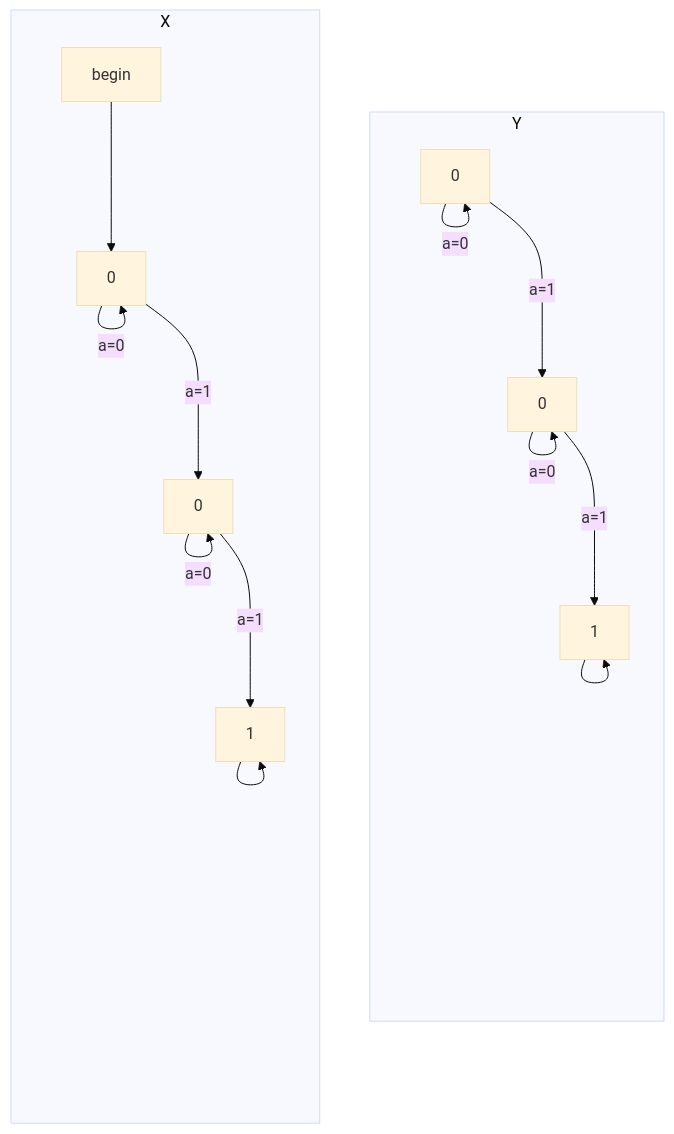
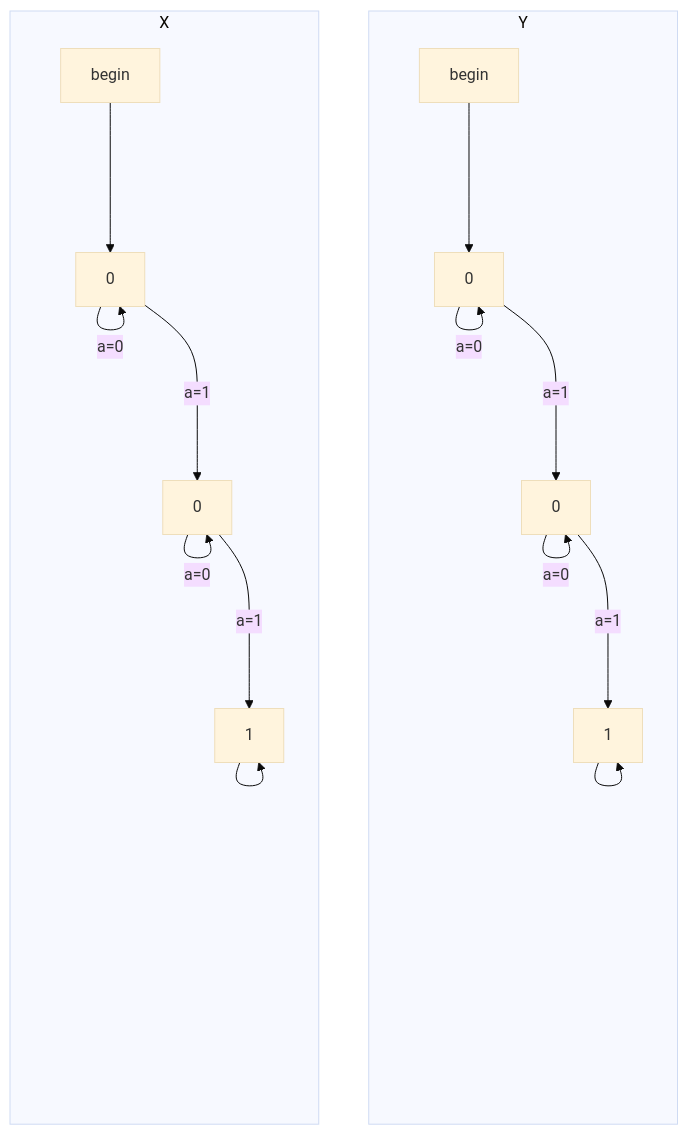
Before and after one commit to tnichols217/notes: the diagram in CSDS 281 - Logic Design/HW/8/Tables.md, drawn with Mermaid (base theme).

Commit message:
vault backup: 2024-04-03 22:00:54

````diff
--- a/CSDS 281 - Logic Design/HW/8/Tables.md
+++ b/CSDS 281 - Logic Design/HW/8/Tables.md
@@ -1,19 +1,20 @@
 ```mermaid
 flowchart LR
 subgraph X
-begin ---> 01x
+beginx[begin] ---> 01x
 01x[0] --->|a=0| 01x
 01x --->|a=1| 02x[0]
 02x --->|a=0| 02x
 02x --->|a=1| 1x[1]
 1x ---> 1x
 end
 X ~~~ Y
 subgraph Y
+beginy[begin] ---> 01y
 01y[0] --->|a=0| 01y
 01y --->|a=1| 02y[0]
 02y --->|a=0| 02y
 02y --->|a=1| 1y[1]
 1y ---> 1y
 end
 ```
````
